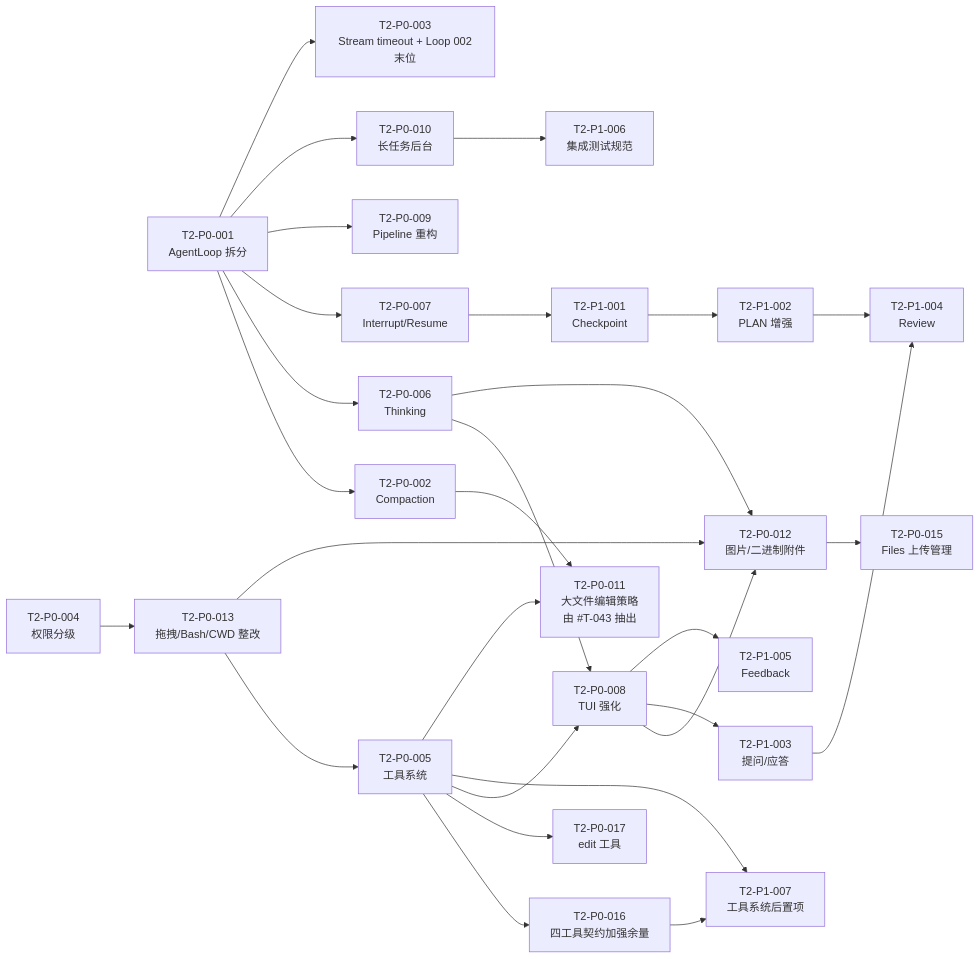
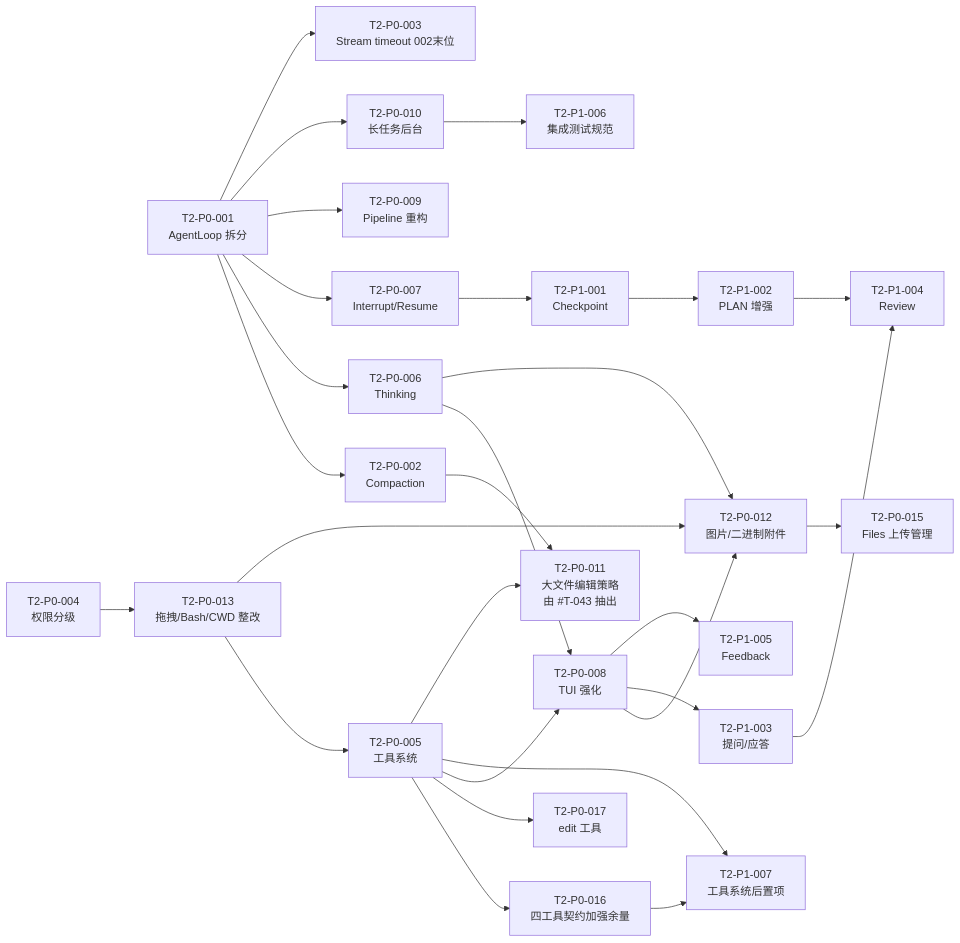
The diagram in pi-rust-wasm/agents/TASK_BOARD_002/README.md (teisun/tomcat-agent), drawn with Mermaid before and after one commit. The commit also changed other lines of this file and 7 other files, not shown here.

````diff
--- a/pi-rust-wasm/agents/TASK_BOARD_002/README.md
+++ b/pi-rust-wasm/agents/TASK_BOARD_002/README.md
@@ -67,30 +67,30 @@
 ```mermaid
 flowchart LR
     P001[T2-P0-001<br/>AgentLoop 拆分] --> P002[T2-P0-002<br/>Compaction]
     P001 --> P006[T2-P0-006<br/>Thinking]
     P001 --> P007[T2-P0-007<br/>Interrupt/Resume]
     P001 --> P009[T2-P0-009<br/>Pipeline 重构]
     P001 --> P010[T2-P0-010<br/>长任务后台]
-    P001 --> P003[T2-P0-003<br/>Stream timeout + Loop 002末位]
+    P001 --> P003[T2-P0-003<br/>Stream timeout 002末位]
     P004[T2-P0-004<br/>权限分级] --> P013[T2-P0-013<br/>拖拽/Bash/CWD 整改]
     P013 --> P005[T2-P0-005<br/>工具系统]
     P013 --> P012[T2-P0-012<br/>图片/二进制附件]
     P005 --> P016[T2-P0-016<br/>四工具契约加强余量]
     P005 --> P017[T2-P0-017<br/>edit 工具]
     P005 --> P008[T2-P0-008<br/>TUI 强化]
     P016 --> P107[T2-P1-007<br/>工具系统后置项]
     P005 --> P107
     P006 --> P008
     P002 --> P011[T2-P0-011<br/>大文件编辑策略<br/>由 #T-043 抽出]
     P005 --> P011
     P006 --> P012
     P008 --> P012
     P012 --> P015[T2-P0-015<br/>Files 上传管理]
     P007 --> P101[T2-P1-001<br/>Checkpoint]
     P101 --> P102[T2-P1-002<br/>PLAN 增强]
     P008 --> P103[T2-P1-003<br/>提问/应答]
     P102 --> P104[T2-P1-004<br/>Review]
     P103 --> P104
     P008 --> P105[T2-P1-005<br/>Feedback]
     P010 --> P106[T2-P1-006<br/>集成测试规范]
 ```
````
